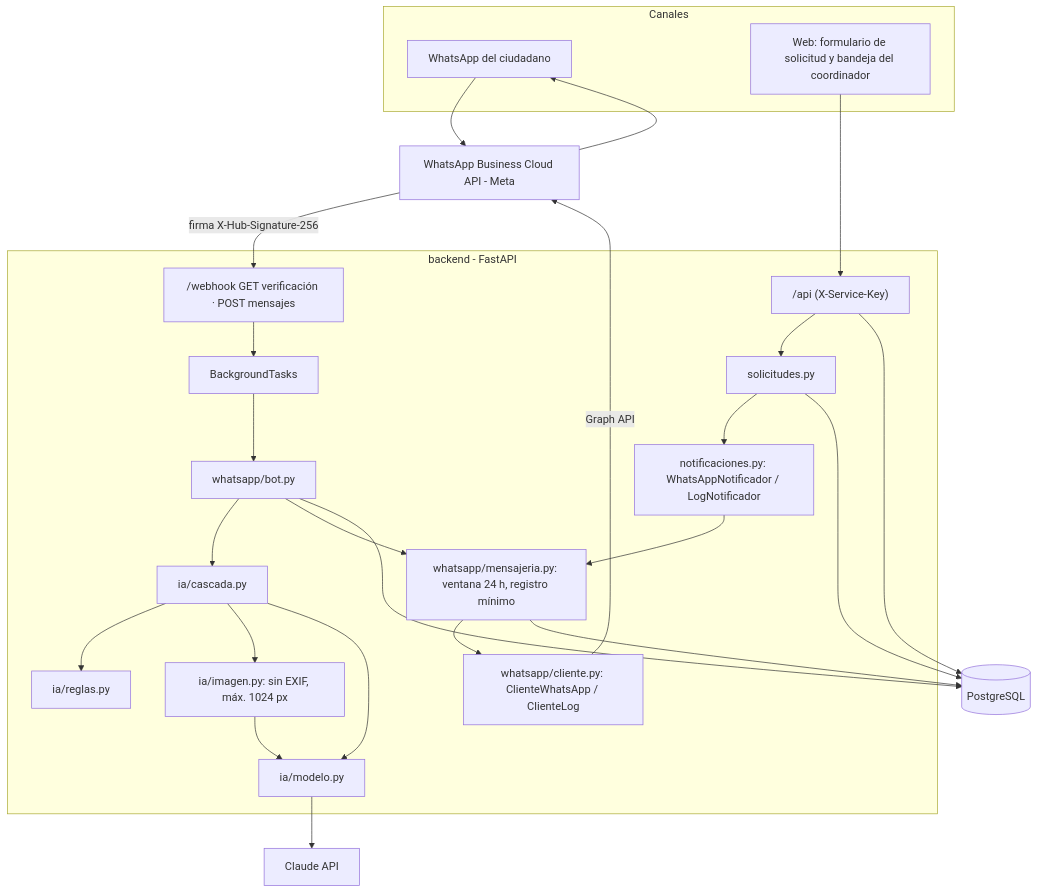
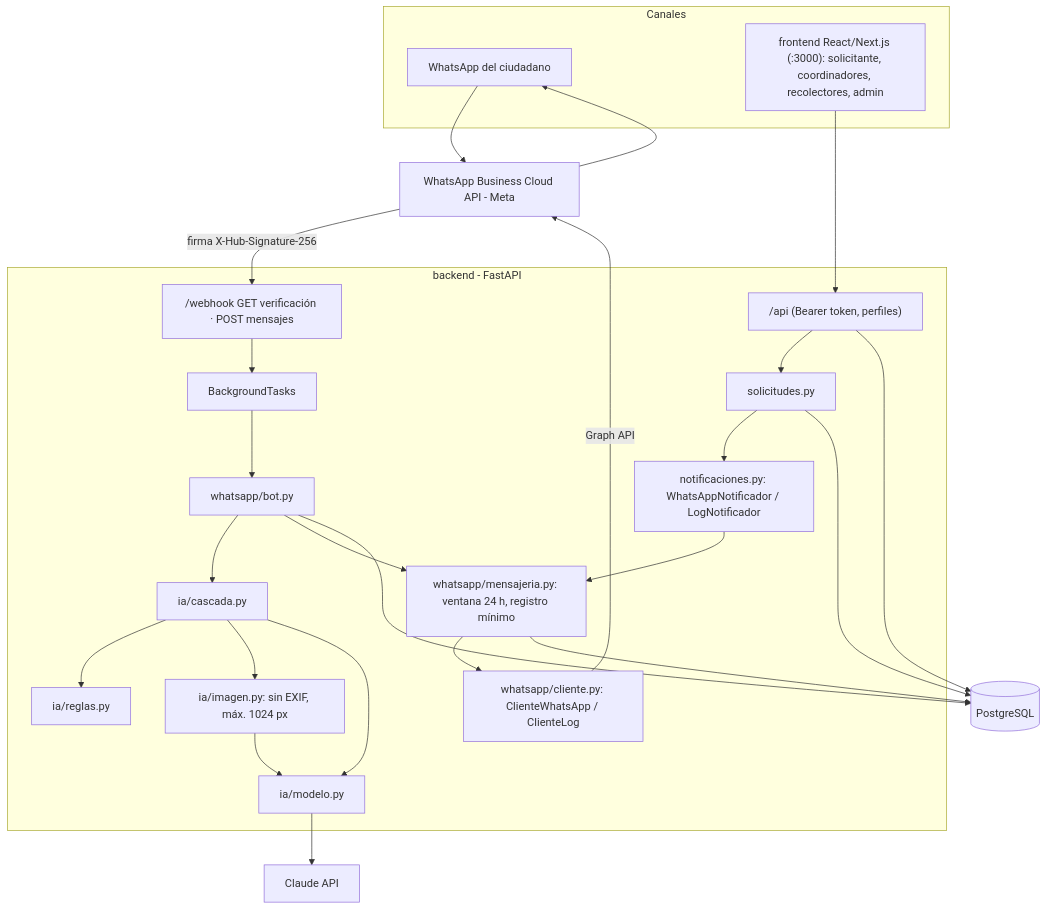
The first of 3 diagrams in docs/arquitectura.md (valejandrapd/EcoConecta-VGJ), drawn with Mermaid before and after one commit. The commit also changed other lines of this file and 5 other files, not shown here.

````diff
--- a/docs/arquitectura.md
+++ b/docs/arquitectura.md
@@ -3,33 +3,33 @@
 ```mermaid
 flowchart TB
     subgraph Canales
         WA[WhatsApp del ciudadano]
-        WEB[Web: formulario de solicitud y bandeja del coordinador]
+        WEB["frontend React/Next.js (:3000): solicitante, coordinadores, recolectores, admin"]
     end
     META[WhatsApp Business Cloud API - Meta]
     subgraph Backend [backend - FastAPI]
         WH["/webhook GET verificación · POST mensajes"]
         BG[BackgroundTasks]
         BOT[whatsapp/bot.py]
         CASC[ia/cascada.py]
         REG[ia/reglas.py]
         IMG[ia/imagen.py: sin EXIF, máx. 1024 px]
         MOD[ia/modelo.py]
         MSJ[whatsapp/mensajeria.py: ventana 24 h, registro mínimo]
         CLI[whatsapp/cliente.py: ClienteWhatsApp / ClienteLog]
         NOT[notificaciones.py: WhatsAppNotificador / LogNotificador]
         SOL[solicitudes.py]
-        API["/api (X-Service-Key)"]
+        API["/api (Bearer token, perfiles)"]
     end
     PG[(PostgreSQL)]
     CLAUDE[Claude API]
 
     WA --> META -- "firma X-Hub-Signature-256" --> WH --> BG --> BOT
     BOT --> CASC --> REG
     CASC --> IMG --> MOD
     CASC --> MOD --> CLAUDE
     BOT --> MSJ
     WEB --> API --> SOL --> NOT --> MSJ
     MSJ --> CLI -- Graph API --> META --> WA
     BOT & MSJ & SOL & API --> PG
 ```
````
